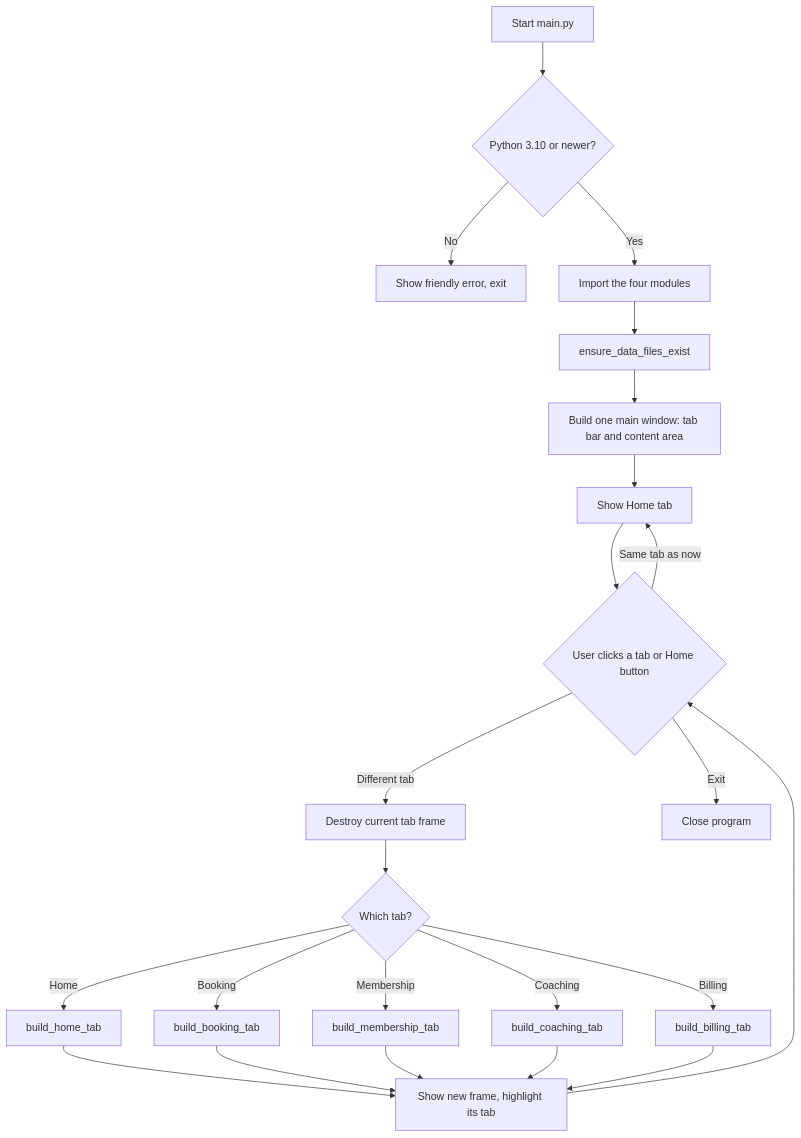
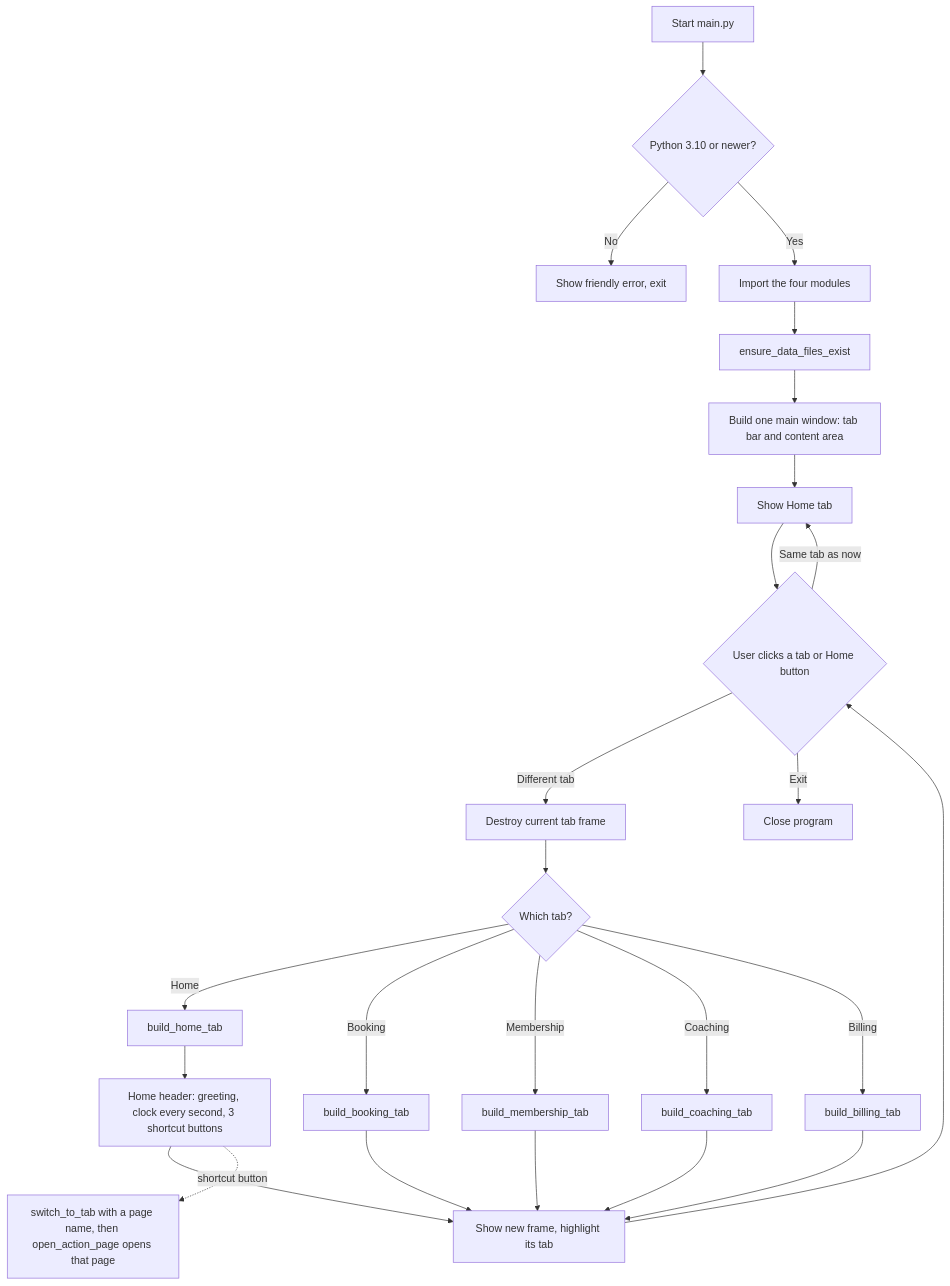
Before and after one commit to tzekengithub/sports-centre-management-system: the first of 3 diagrams in Report Support/FLOWCHARTS.md, drawn with Mermaid. The commit also changed 25 other files, not shown here.

````diff
--- a/Report Support/FLOWCHARTS.md
+++ b/Report Support/FLOWCHARTS.md
@@ -9,25 +9,27 @@
 ```mermaid
 flowchart TD
     A[Start main.py] --> B{Python 3.10 or newer?}
     B -->|No| B1[Show friendly error, exit]
     B -->|Yes| C[Import the four modules]
     C --> D[ensure_data_files_exist]
     D --> E[Build one main window: tab bar and content area]
     E --> E1[Show Home tab]
     E1 --> F{User clicks a tab or Home button}
     F -->|Same tab as now| E1
     F -->|Different tab| X[Destroy current tab frame]
     X --> Y{Which tab?}
     Y -->|Home| Y0[build_home_tab]
     Y -->|Booking| Y1[build_booking_tab]
     Y -->|Membership| Y2[build_membership_tab]
     Y -->|Coaching| Y3[build_coaching_tab]
     Y -->|Billing| Y4[build_billing_tab]
-    Y0 --> Z[Show new frame, highlight its tab]
+    Y0 --> Y0a[Home header: greeting, clock every second, 3 shortcut buttons]
+    Y0a --> Z[Show new frame, highlight its tab]
+    Y0a -. shortcut button .-> S[switch_to_tab with a page name, then open_action_page opens that page]
     Y1 --> Z
     Y2 --> Z
     Y3 --> Z
     Y4 --> Z
     Z --> F
     F -->|Exit| K[Close program]
 ```
````
